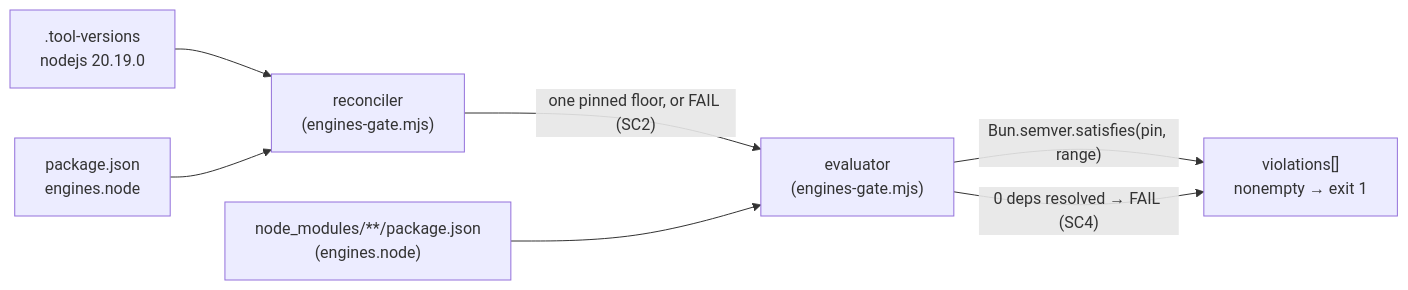
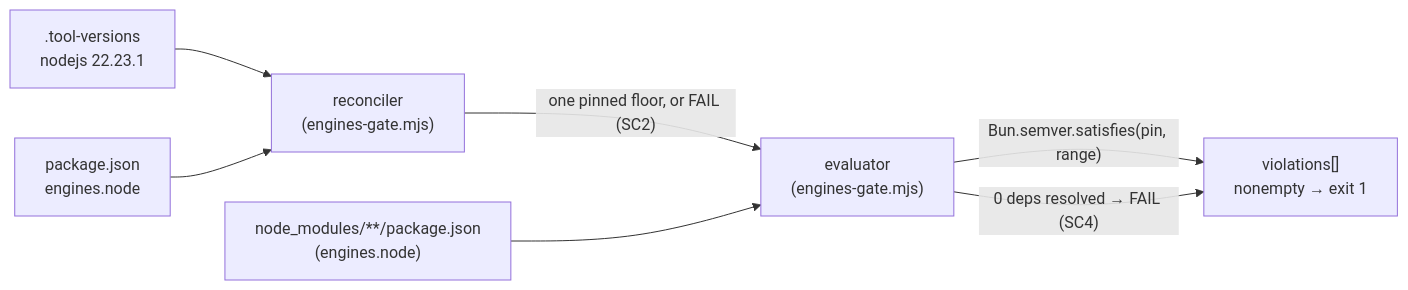
One commit to forwardimpact/bionova-apps changed the diagram in specs/220-dependency-compat-gate/design-a.md. Above: the diagram before and after it, drawn with Mermaid. The commit also changed other lines of this file, not shown here.

Commit message:
exp(security): refresh spec-220 design-a pin datums to node 22 (#234)
Currency-only re-validation against main after #262 (node 20->22).
No decision changes; mechanism/alternatives/approver-flag intact.
- diagram .tool-versions pin 20.19.0 -> 22.23.1
- D3 rationale deploy.yml node-version '20' -> '22'
Discharges freshness latency so signal-time collapse needs no rebase.

````diff
--- a/specs/220-dependency-compat-gate/design-a.md
+++ b/specs/220-dependency-compat-gate/design-a.md
@@ -26,9 +26,9 @@
 ```mermaid
 graph LR
-  TV[".tool-versions<br/>nodejs 20.19.0"] --> R["reconciler<br/>(engines-gate.mjs)"]
+  TV[".tool-versions<br/>nodejs 22.23.1"] --> R["reconciler<br/>(engines-gate.mjs)"]
   PJ["package.json<br/>engines.node"] --> R
   R -->|"one pinned floor, or FAIL (SC2)"| E["evaluator<br/>(engines-gate.mjs)"]
   NM["node_modules/**/package.json<br/>(engines.node)"] --> E
   E -->|"Bun.semver.satisfies(pin, range)"| V["violations[]<br/>nonempty → exit 1"]
   E -->|"0 deps resolved → FAIL (SC4)"| V
 ```
````
